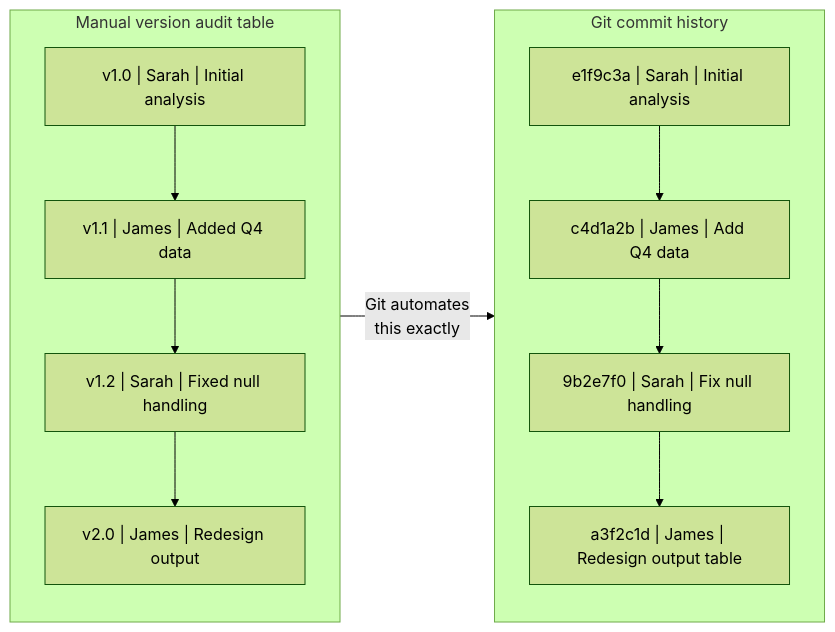
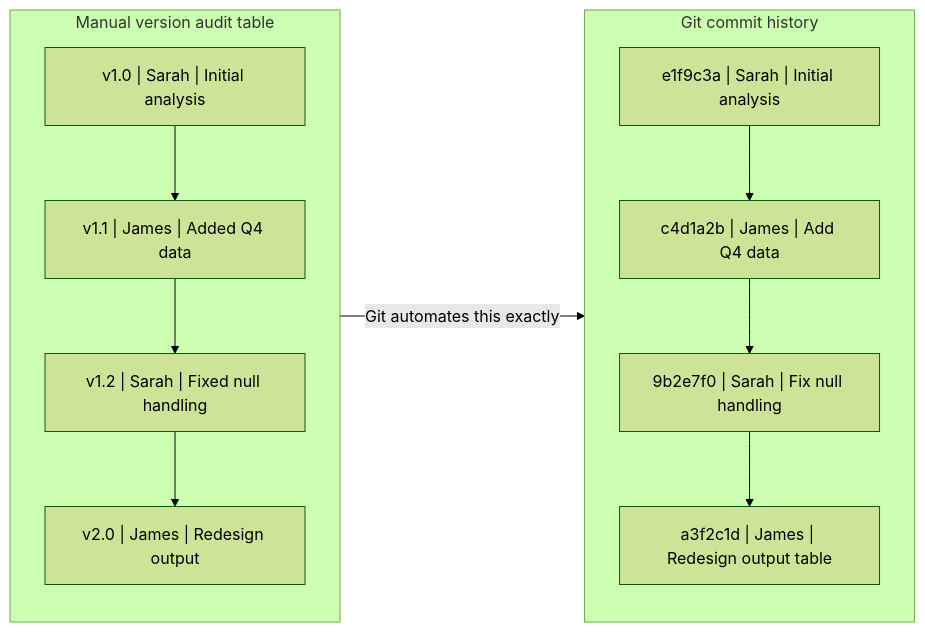
One commit to Ch3w3y/docker_gcp changed the first of 4 diagrams in docs/from-shares-to-git.md. Above: the diagram before and after it, drawn with Mermaid (forest theme). The commit also changed other lines of this file and 10 other files, not shown here.

First line of the commit message:
Fix mermaid diagram rendering: replace literal \n with spaces

````diff
--- a/docs/from-shares-to-git.md
+++ b/docs/from-shares-to-git.md
@@ -33,22 +33,22 @@
 ```mermaid
 flowchart LR
     subgraph Manual["Manual version audit table"]
         direction TB
         R1["v1.0 | Sarah | Initial analysis"]
         R2["v1.1 | James | Added Q4 data"]
         R3["v1.2 | Sarah | Fixed null handling"]
         R4["v2.0 | James | Redesign output"]
         R1 --> R2 --> R3 --> R4
     end
 
     subgraph Git["Git commit history"]
         direction TB
         C1["e1f9c3a | Sarah | Initial analysis"]
         C2["c4d1a2b | James | Add Q4 data"]
         C3["9b2e7f0 | Sarah | Fix null handling"]
         C4["a3f2c1d | James | Redesign output table"]
         C1 --> C2 --> C3 --> C4
     end
 
-    Manual -->|"Git automates\nthis exactly"| Git
+    Manual -->|"Git automates this exactly"| Git
 ```
````
